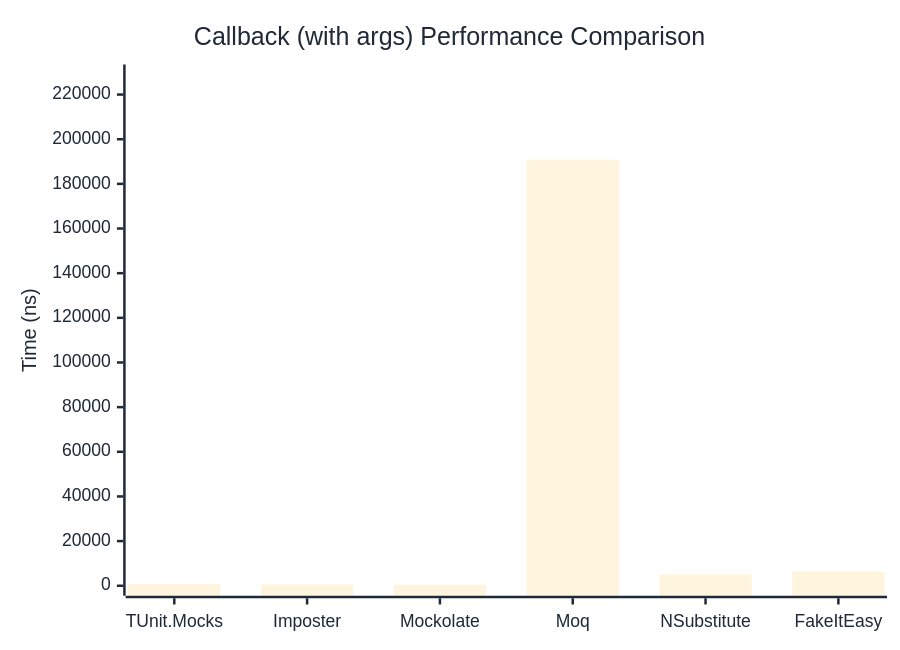
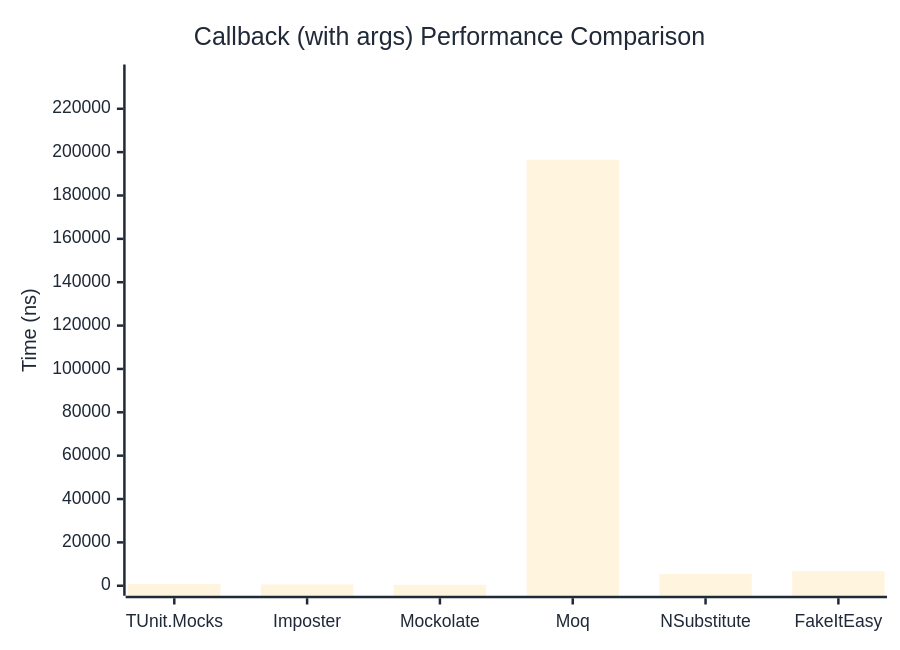
The second of 2 diagrams in docs/docs/benchmarks/mocks/Callback.md (thomhurst/TUnit), drawn with Mermaid before and after one commit. The commit also changed other lines of this file and 14 other files, not shown here.

````diff
--- a/docs/docs/benchmarks/mocks/Callback.md
+++ b/docs/docs/benchmarks/mocks/Callback.md
@@ -69,27 +69,27 @@
 ```mermaid
 %%{init: {
   'theme':'base',
   'themeVariables': {
     'primaryColor': '#2563eb',
     'primaryTextColor': '#1f2937',
     'primaryBorderColor': '#1e40af',
     'lineColor': '#6b7280',
     'secondaryColor': '#7c3aed',
     'tertiaryColor': '#dc2626',
     'background': '#ffffff',
     'pie1': '#2563eb',
     'pie2': '#7c3aed',
     'pie3': '#dc2626',
     'pie4': '#f59e0b',
     'pie5': '#10b981',
     'pie6': '#06b6d4',
     'pie7': '#ec4899',
     'pie8': '#6366f1'
   }
 }}%%
 xychart-beta
   title "Callback (with args) Performance Comparison"
   x-axis ["TUnit.Mocks", "Imposter", "Mockolate", "Moq", "NSubstitute", "FakeItEasy"]
-  y-axis "Time (ns)" 0 --> 228988
-  bar [719.1, 527.7, 410.7, 190822.6, 4999.6, 6298.8]
+  y-axis "Time (ns)" 0 --> 235806
+  bar [799.1, 582.3, 457.7, 196504.7, 5381, 6758]
 ```
````
